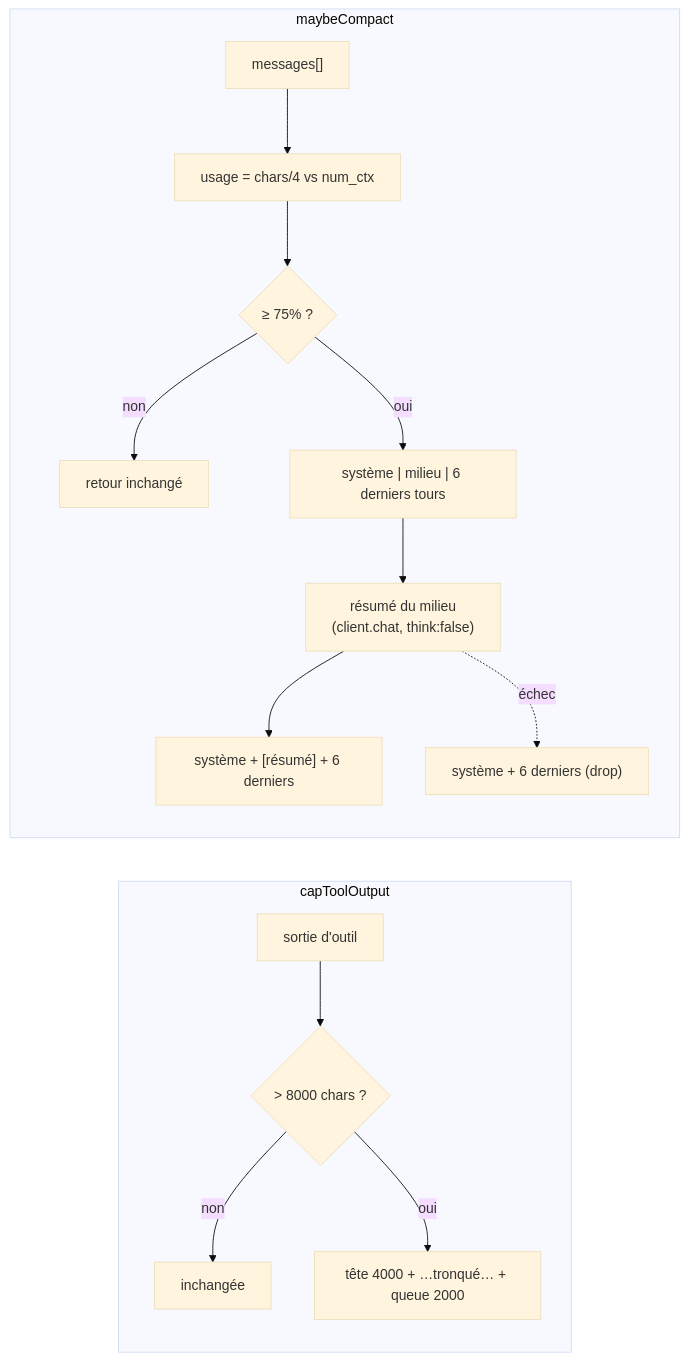
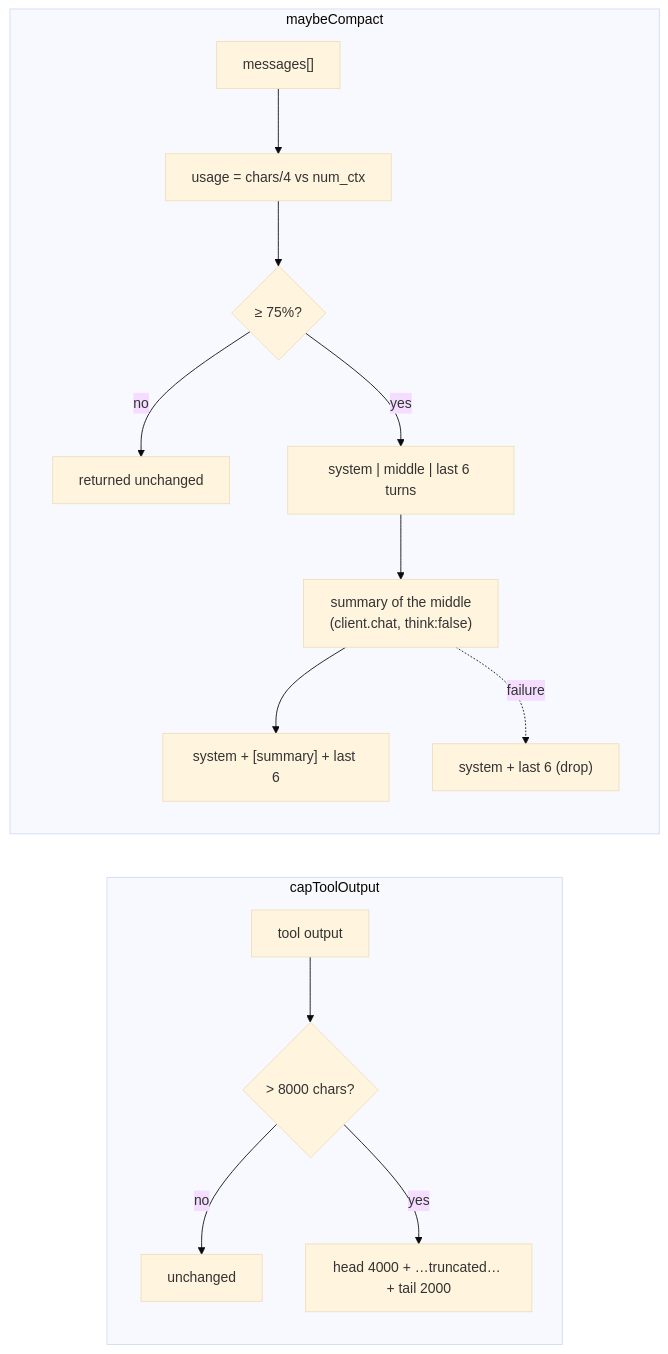
Before and after one commit to Tromset/Ollama-Code: the sixth of 10 diagrams in DOCUMENTATION.md, drawn with Mermaid (base theme). The commit also changed other lines of this file and 19 other files, not shown here.

````diff
--- a/DOCUMENTATION.md
+++ b/DOCUMENTATION.md
@@ -352,18 +352,18 @@
 ```mermaid
 flowchart LR
     subgraph cap["capToolOutput"]
-        T1["sortie d'outil"] --> T2{"&gt; 8000 chars ?"}
-        T2 -- non --> T3["inchangée"]
-        T2 -- oui --> T4["tête 4000 + …tronqué… + queue 2000"]
+        T1["tool output"] --> T2{"&gt; 8000 chars?"}
+        T2 -- no --> T3["unchanged"]
+        T2 -- yes --> T4["head 4000 + …truncated… + tail 2000"]
     end
 
     subgraph comp["maybeCompact"]
         M1["messages[]"] --> M2["usage = chars/4 vs num_ctx"]
-        M2 --> M3{"≥ 75% ?"}
-        M3 -- non --> M4["retour inchangé"]
-        M3 -- oui --> M5["système | milieu | 6 derniers tours"]
-        M5 --> M6["résumé du milieu<br/>(client.chat, think:false)"]
-        M6 --> M7["système + [résumé] + 6 derniers"]
-        M6 -. échec .-> M8["système + 6 derniers (drop)"]
+        M2 --> M3{"≥ 75%?"}
+        M3 -- no --> M4["returned unchanged"]
+        M3 -- yes --> M5["system | middle | last 6 turns"]
+        M5 --> M6["summary of the middle<br/>(client.chat, think:false)"]
+        M6 --> M7["system + [summary] + last 6"]
+        M6 -. failure .-> M8["system + last 6 (drop)"]
     end
 ```
````
